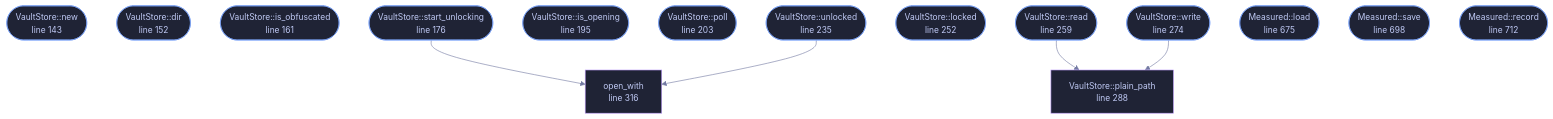
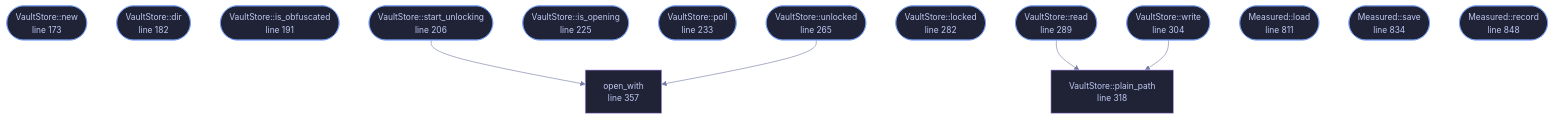
The diagram in docs/files/veilvoice-gui/vault_store.md (tilas01/veilvoice), drawn with Mermaid before and after one commit. The commit also changed other lines of this file and 28 other files, not shown here.

````diff
--- a/docs/files/veilvoice-gui/vault_store.md
+++ b/docs/files/veilvoice-gui/vault_store.md
@@ -120,42 +121,42 @@
 ```mermaid
 %%{init: {"theme":"base","themeVariables":{"background":"#1a1b26","primaryColor":"#1f2335","primaryTextColor":"#c0caf5","primaryBorderColor":"#7aa2f7","secondaryColor":"#16161e","tertiaryColor":"#16161e","lineColor":"#737aa2","textColor":"#c0caf5","mainBkg":"#1f2335","nodeBorder":"#7aa2f7","clusterBkg":"#16161e","clusterBorder":"#2f3549","fontFamily":"ui-monospace, SFMono-Regular, Consolas, monospace","fontSize":"14px"}}}%%
 flowchart TD
-    n_new(["VaultStore::new<br/>line 143"])
-    n_dir(["VaultStore::dir<br/>line 152"])
-    n_is_obfuscated(["VaultStore::is_obfuscated<br/>line 161"])
-    n_start_unlocking(["VaultStore::start_unlocking<br/>line 176"])
-    n_is_opening(["VaultStore::is_opening<br/>line 195"])
-    n_poll(["VaultStore::poll<br/>line 203"])
-    n_unlocked(["VaultStore::unlocked<br/>line 235"])
-    n_locked(["VaultStore::locked<br/>line 252"])
-    n_read(["VaultStore::read<br/>line 259"])
-    n_write(["VaultStore::write<br/>line 274"])
-    n_plain_path["VaultStore::plain_path<br/>line 288"]
-    n_open_with["open_with<br/>line 316"]
-    n_load(["Measured::load<br/>line 675"])
-    n_save(["Measured::save<br/>line 698"])
-    n_record(["Measured::record<br/>line 712"])
+    n_new(["VaultStore::new<br/>line 173"])
+    n_dir(["VaultStore::dir<br/>line 182"])
+    n_is_obfuscated(["VaultStore::is_obfuscated<br/>line 191"])
+    n_start_unlocking(["VaultStore::start_unlocking<br/>line 206"])
+    n_is_opening(["VaultStore::is_opening<br/>line 225"])
+    n_poll(["VaultStore::poll<br/>line 233"])
+    n_unlocked(["VaultStore::unlocked<br/>line 265"])
+    n_locked(["VaultStore::locked<br/>line 282"])
+    n_read(["VaultStore::read<br/>line 289"])
+    n_write(["VaultStore::write<br/>line 304"])
+    n_plain_path["VaultStore::plain_path<br/>line 318"]
+    n_open_with["open_with<br/>line 357"]
+    n_load(["Measured::load<br/>line 811"])
+    n_save(["Measured::save<br/>line 834"])
+    n_record(["Measured::record<br/>line 848"])
     n_read --> n_plain_path
     n_start_unlocking --> n_open_with
     n_unlocked --> n_open_with
     n_write --> n_plain_path
-    click n_new href "https://github.com/tilas01/veilvoice/blob/main/crates/veilvoice-gui/src/vault_store.rs#L143" "open the source"
-    click n_dir href "https://github.com/tilas01/veilvoice/blob/main/crates/veilvoice-gui/src/vault_store.rs#L152" "open the source"
-    click n_is_obfuscated href "https://github.com/tilas01/veilvoice/blob/main/crates/veilvoice-gui/src/vault_store.rs#L161" "open the source"
-    click n_start_unlocking href "https://github.com/tilas01/veilvoice/blob/main/crates/veilvoice-gui/src/vault_store.rs#L176" "open the source"
-    click n_is_opening href "https://github.com/tilas01/veilvoice/blob/main/crates/veilvoice-gui/src/vault_store.rs#L195" "open the source"
-    click n_poll href "https://github.com/tilas01/veilvoice/blob/main/crates/veilvoice-gui/src/vault_store.rs#L203" "open the source"
-    click n_unlocked href "https://github.com/tilas01/veilvoice/blob/main/crates/veilvoice-gui/src/vault_store.rs#L235" "open the source"
-    click n_locked href "https://github.com/tilas01/veilvoice/blob/main/crates/veilvoice-gui/src/vault_store.rs#L252" "open the source"
-    click n_read href "https://github.com/tilas01/veilvoice/blob/main/crates/veilvoice-gui/src/vault_store.rs#L259" "open the source"
-    click n_write href "https://github.com/tilas01/veilvoice/blob/main/crates/veilvoice-gui/src/vault_store.rs#L274" "open the source"
-    click n_plain_path href "https://github.com/tilas01/veilvoice/blob/main/crates/veilvoice-gui/src/vault_store.rs#L288" "open the source"
-    click n_open_with href "https://github.com/tilas01/veilvoice/blob/main/crates/veilvoice-gui/src/vault_store.rs#L316" "open the source"
-    click n_load href "https://github.com/tilas01/veilvoice/blob/main/crates/veilvoice-gui/src/vault_store.rs#L675" "open the source"
-    click n_save href "https://github.com/tilas01/veilvoice/blob/main/crates/veilvoice-gui/src/vault_store.rs#L698" "open the source"
-    click n_record href "https://github.com/tilas01/veilvoice/blob/main/crates/veilvoice-gui/src/vault_store.rs#L712" "open the source"
+    click n_new href "https://github.com/tilas01/veilvoice/blob/main/crates/veilvoice-gui/src/vault_store.rs#L173" "open the source"
+    click n_dir href "https://github.com/tilas01/veilvoice/blob/main/crates/veilvoice-gui/src/vault_store.rs#L182" "open the source"
+    click n_is_obfuscated href "https://github.com/tilas01/veilvoice/blob/main/crates/veilvoice-gui/src/vault_store.rs#L191" "open the source"
+    click n_start_unlocking href "https://github.com/tilas01/veilvoice/blob/main/crates/veilvoice-gui/src/vault_store.rs#L206" "open the source"
+    click n_is_opening href "https://github.com/tilas01/veilvoice/blob/main/crates/veilvoice-gui/src/vault_store.rs#L225" "open the source"
+    click n_poll href "https://github.com/tilas01/veilvoice/blob/main/crates/veilvoice-gui/src/vault_store.rs#L233" "open the source"
+    click n_unlocked href "https://github.com/tilas01/veilvoice/blob/main/crates/veilvoice-gui/src/vault_store.rs#L265" "open the source"
+    click n_locked href "https://github.com/tilas01/veilvoice/blob/main/crates/veilvoice-gui/src/vault_store.rs#L282" "open the source"
+    click n_read href "https://github.com/tilas01/veilvoice/blob/main/crates/veilvoice-gui/src/vault_store.rs#L289" "open the source"
+    click n_write href "https://github.com/tilas01/veilvoice/blob/main/crates/veilvoice-gui/src/vault_store.rs#L304" "open the source"
+    click n_plain_path href "https://github.com/tilas01/veilvoice/blob/main/crates/veilvoice-gui/src/vault_store.rs#L318" "open the source"
+    click n_open_with href "https://github.com/tilas01/veilvoice/blob/main/crates/veilvoice-gui/src/vault_store.rs#L357" "open the source"
+    click n_load href "https://github.com/tilas01/veilvoice/blob/main/crates/veilvoice-gui/src/vault_store.rs#L811" "open the source"
+    click n_save href "https://github.com/tilas01/veilvoice/blob/main/crates/veilvoice-gui/src/vault_store.rs#L834" "open the source"
+    click n_record href "https://github.com/tilas01/veilvoice/blob/main/crates/veilvoice-gui/src/vault_store.rs#L848" "open the source"
     classDef entry fill:#1f2335,stroke:#7aa2f7,color:#c0caf5
     class n_new,n_dir,n_is_obfuscated,n_start_unlocking,n_is_opening,n_poll,n_unlocked,n_locked,n_read,n_write,n_load,n_save,n_record entry
     classDef helper fill:#1f2335,stroke:#bb9af7,color:#c0caf5
     class n_plain_path,n_open_with helper
 ```
````
